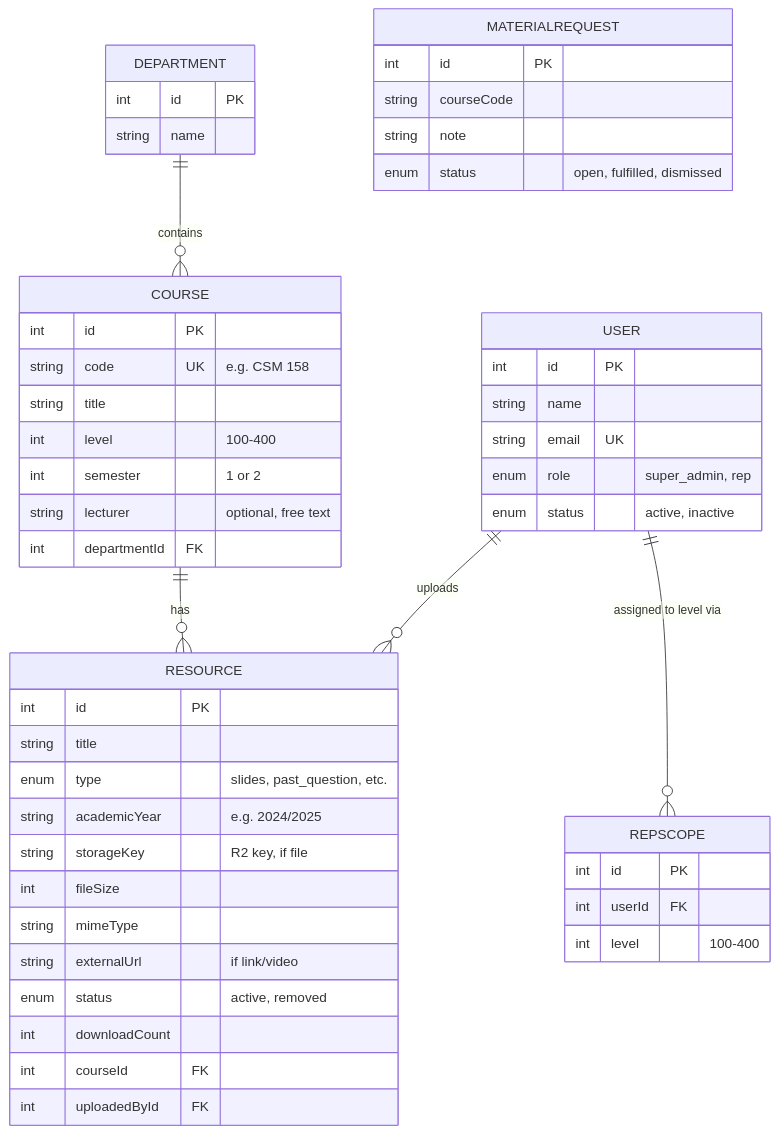
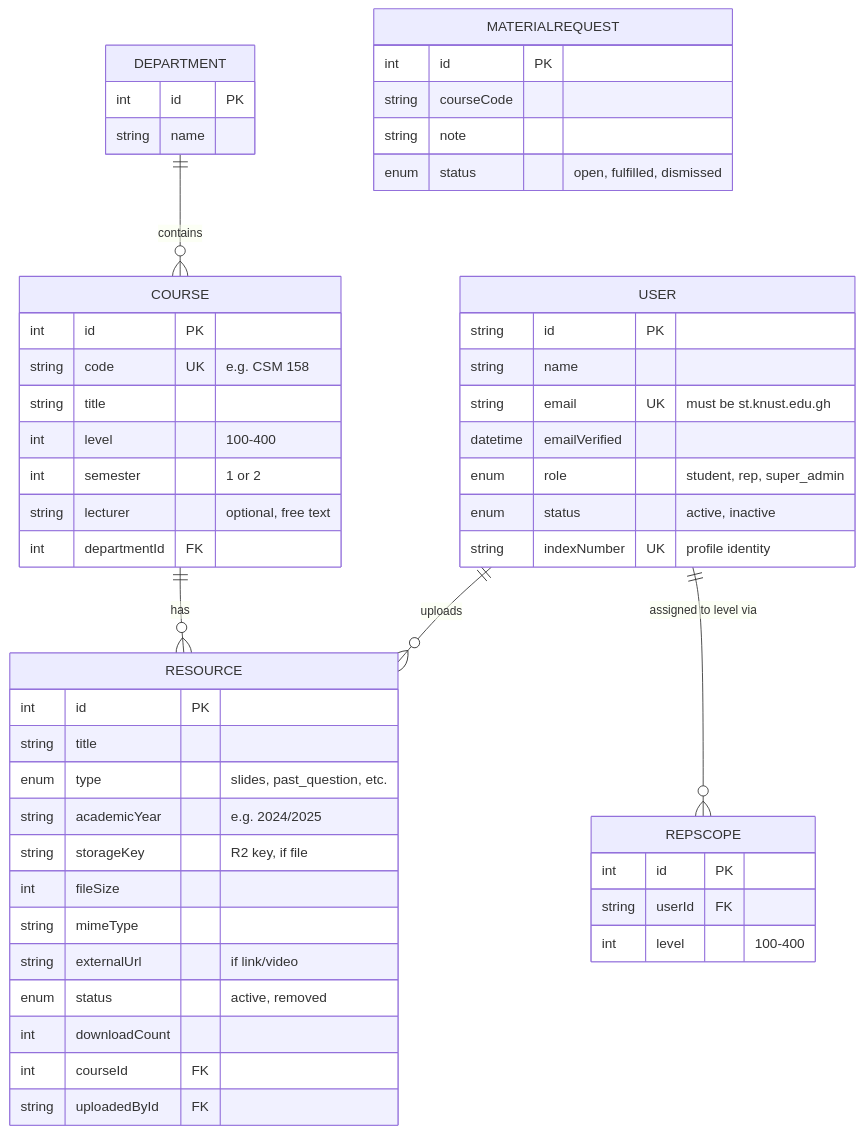
Before and after one commit to Memuna1Lukman/CS-project: the fourth of 7 diagrams in CS-Resource-Hub-Design.md, drawn with Mermaid. The commit also changed other lines of this file, not shown here.

````diff
--- a/CS-Resource-Hub-Design.md
+++ b/CS-Resource-Hub-Design.md
@@ -91,53 +131,55 @@
 ```mermaid
 erDiagram
     DEPARTMENT ||--o{ COURSE : contains
     COURSE ||--o{ RESOURCE : has
     USER ||--o{ RESOURCE : uploads
     USER ||--o{ REPSCOPE : "assigned to level via"
 
     DEPARTMENT {
         int id PK
         string name
     }
     COURSE {
         int id PK
         string code UK "e.g. CSM 158"
         string title
         int level "100-400"
         int semester "1 or 2"
         string lecturer "optional, free text"
         int departmentId FK
     }
     RESOURCE {
         int id PK
         string title
         enum type "slides, past_question, etc."
         string academicYear "e.g. 2024/2025"
         string storageKey "R2 key, if file"
         int fileSize
         string mimeType
         string externalUrl "if link/video"
         enum status "active, removed"
         int downloadCount
         int courseId FK
-        int uploadedById FK
+        string uploadedById FK
     }
     USER {
-        int id PK
+        string id PK
         string name
-        string email UK
-        enum role "super_admin, rep"
+        string email UK "must be st.knust.edu.gh"
+        datetime emailVerified
+        enum role "student, rep, super_admin"
         enum status "active, inactive"
+        string indexNumber UK "profile identity"
     }
     REPSCOPE {
         int id PK
-        int userId FK
+        string userId FK
         int level "100-400"
     }
     MATERIALREQUEST {
         int id PK
         string courseCode
         string note
         enum status "open, fulfilled, dismissed"
     }
 ```
````
